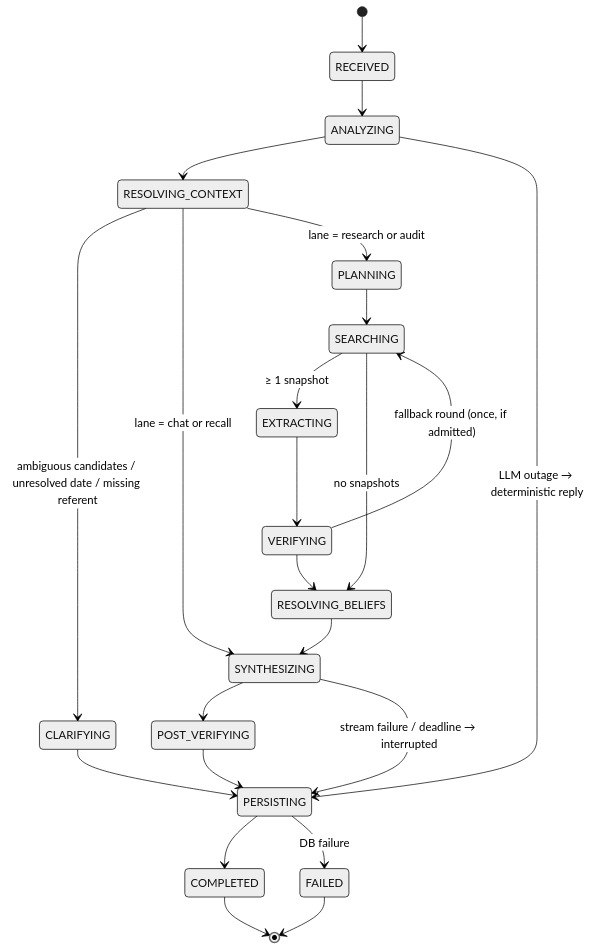
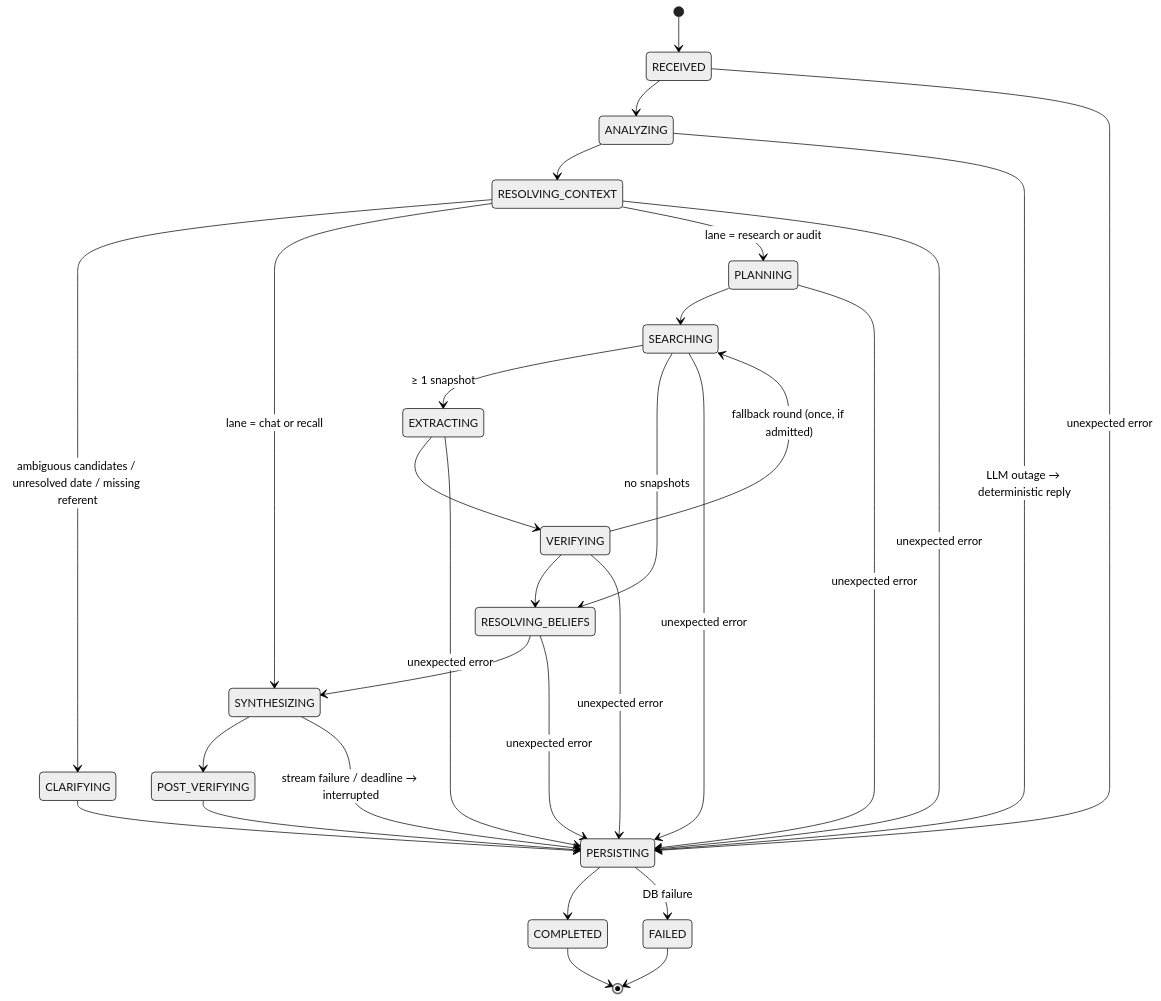
The fourth of 8 diagrams in docs/architecture.md (Ujjwaljain16/recalliq), drawn with Mermaid (neutral theme) before and after one commit. The commit also changed other lines of this file, not shown here.

Commit message:
docs: show the failure edges in the architecture state machine

````diff
--- a/docs/architecture.md
+++ b/docs/architecture.md
@@ -497,25 +497,32 @@
 ```mermaid
 stateDiagram-v2
   [*] --> RECEIVED
   RECEIVED --> ANALYZING
   ANALYZING --> RESOLVING_CONTEXT
   RESOLVING_CONTEXT --> CLARIFYING: ambiguous candidates / unresolved date / missing referent
   RESOLVING_CONTEXT --> SYNTHESIZING: lane = chat or recall
   RESOLVING_CONTEXT --> PLANNING: lane = research or audit
   PLANNING --> SEARCHING
   SEARCHING --> EXTRACTING: ≥ 1 snapshot
   SEARCHING --> RESOLVING_BELIEFS: no snapshots
   EXTRACTING --> VERIFYING
   VERIFYING --> SEARCHING: fallback round (once, if admitted)
   VERIFYING --> RESOLVING_BELIEFS
   RESOLVING_BELIEFS --> SYNTHESIZING
   SYNTHESIZING --> POST_VERIFYING
   POST_VERIFYING --> PERSISTING
   CLARIFYING --> PERSISTING
   ANALYZING --> PERSISTING: LLM outage → deterministic reply
   SYNTHESIZING --> PERSISTING: stream failure / deadline → interrupted
+  RECEIVED --> PERSISTING: unexpected error
+  RESOLVING_CONTEXT --> PERSISTING: unexpected error
+  PLANNING --> PERSISTING: unexpected error
+  SEARCHING --> PERSISTING: unexpected error
+  EXTRACTING --> PERSISTING: unexpected error
+  VERIFYING --> PERSISTING: unexpected error
+  RESOLVING_BELIEFS --> PERSISTING: unexpected error
   PERSISTING --> COMPLETED
   PERSISTING --> FAILED: DB failure
   COMPLETED --> [*]
   FAILED --> [*]
 ```
````
